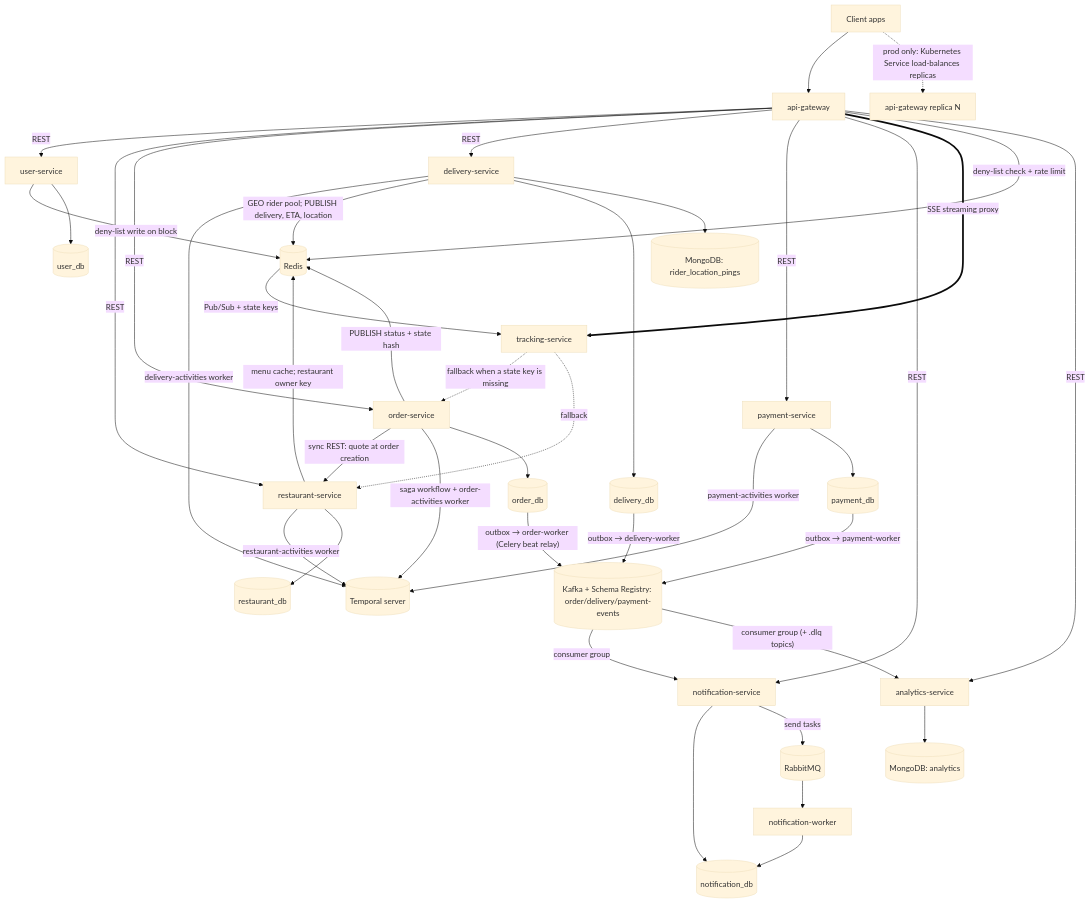
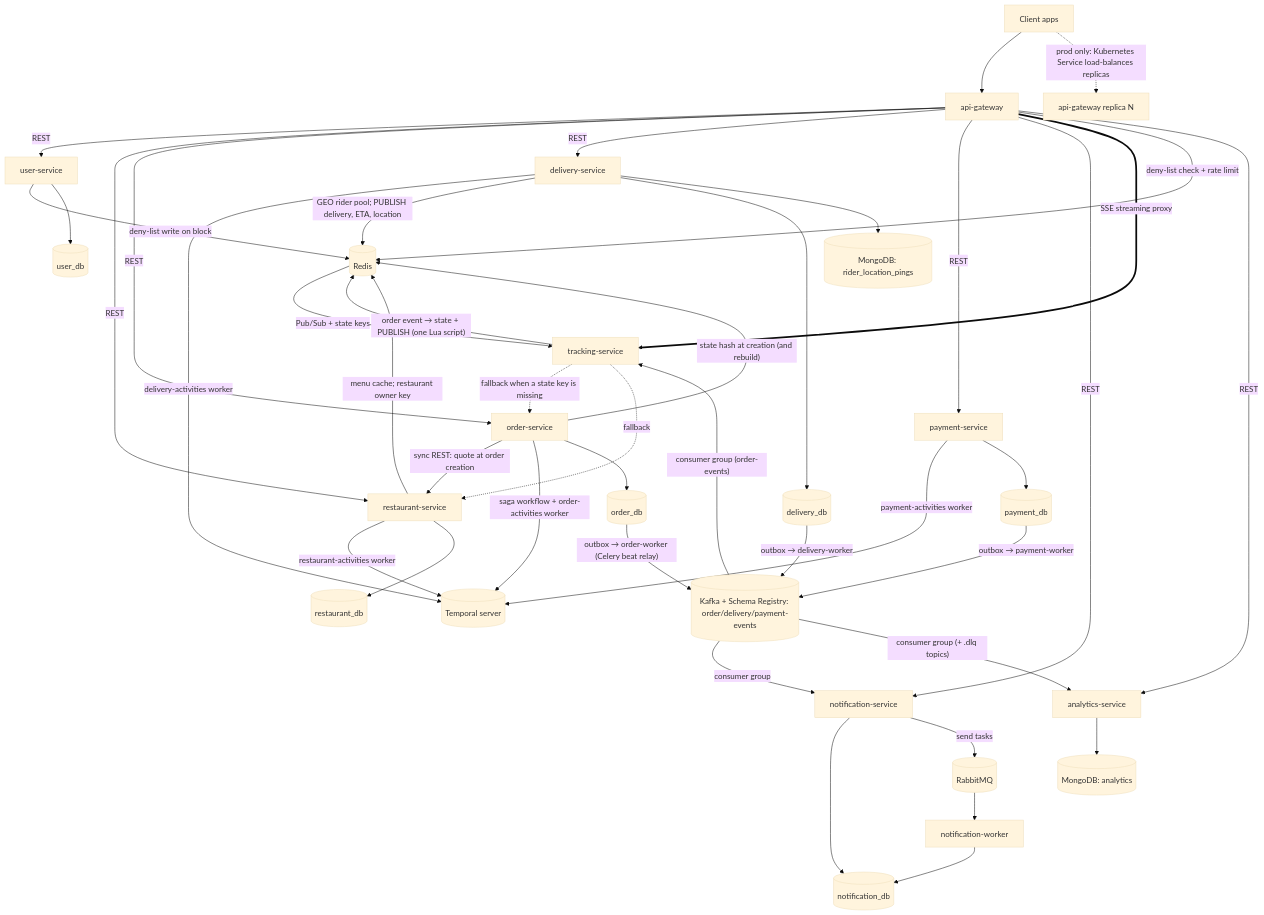
The first of 27 diagrams in docs/diagrams.md (umer-emumba/smartfoodops-ms), drawn with Mermaid (base theme) before and after one commit. The commit also changed other lines of this file and 18 other files, not shown here.

````diff
--- a/docs/diagrams.md
+++ b/docs/diagrams.md
@@ -9,48 +9,50 @@
 ```mermaid
 graph TD
     Client[Client apps] --> GW1[api-gateway]
     Client -.->|"prod only: Kubernetes Service load-balances replicas"| GW2[api-gateway replica N]
 
     GW1 -->|REST| US[user-service]
     GW1 -->|REST| RS[restaurant-service]
     GW1 -->|REST| OS[order-service]
     GW1 -->|REST| DS[delivery-service]
     GW1 -->|REST| PS[payment-service]
     GW1 -->|REST| NS[notification-service]
     GW1 ==>|"SSE streaming proxy"| TS[tracking-service]
     GW1 -->|deny-list check + rate limit| Redis[(Redis)]
     US -->|deny-list write on block| Redis
     RS -->|"menu cache; restaurant owner key"| Redis
 
     OS -->|sync REST: quote at order creation| RS
     OS -->|"saga workflow + order-activities worker"| Temporal[(Temporal server)]
     RS -->|restaurant-activities worker| Temporal
     PS -->|payment-activities worker| Temporal
     DS -->|"delivery-activities worker"| Temporal
 
-    OS -->|"PUBLISH status + state hash"| Redis
+    OS -->|"state hash at creation (and rebuild)"| Redis
     DS -->|"GEO rider pool; PUBLISH delivery, ETA, location"| Redis
+    TS -->|"order event → state + PUBLISH (one Lua script)"| Redis
     Redis -->|"Pub/Sub + state keys"| TS
     TS -.->|"fallback when a state key is missing"| OS
     TS -.->|fallback| RS
 
     US --> UserDB[(user_db)]
     RS --> RestDB[(restaurant_db)]
     OS --> OrderDB[(order_db)]
     DS --> DeliveryDB[(delivery_db)]
     DS --> Mongo[(MongoDB: rider_location_pings)]
     PS --> PaymentDB[(payment_db)]
     NS --> NotifDB[(notification_db)]
 
     GW1 -->|REST| AS[analytics-service]
 
     OrderDB -->|"outbox → order-worker (Celery beat relay)"| Kafka[(Kafka + Schema Registry: order/delivery/payment-events)]
     DeliveryDB -->|"outbox → delivery-worker"| Kafka
     PaymentDB -->|"outbox → payment-worker"| Kafka
     Kafka -->|consumer group| NS
     Kafka -->|"consumer group (+ .dlq topics)"| AS
+    Kafka -->|"consumer group (order-events)"| TS
     AS --> AnalyticsDB[(MongoDB: analytics)]
     NS -->|"send tasks"| Rabbit[(RabbitMQ)]
     Rabbit --> NW[notification-worker]
     NW --> NotifDB
 ```
````
